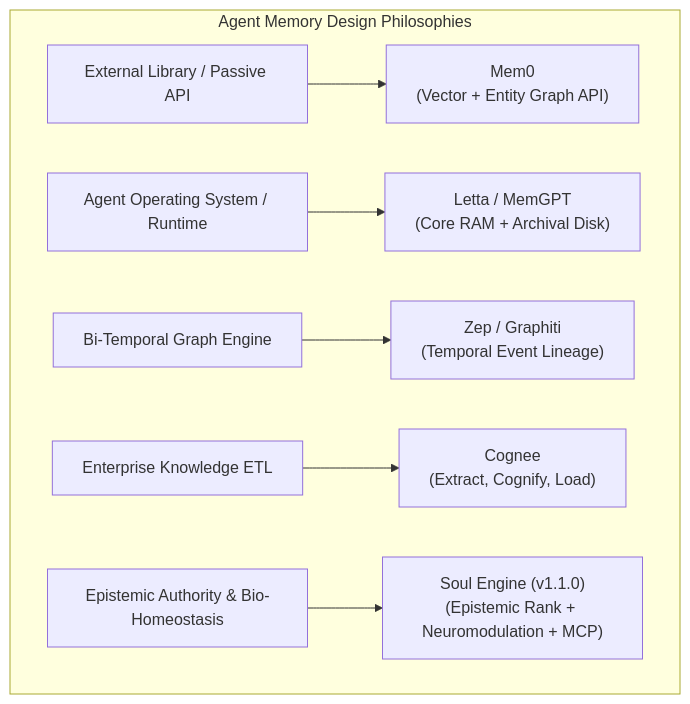
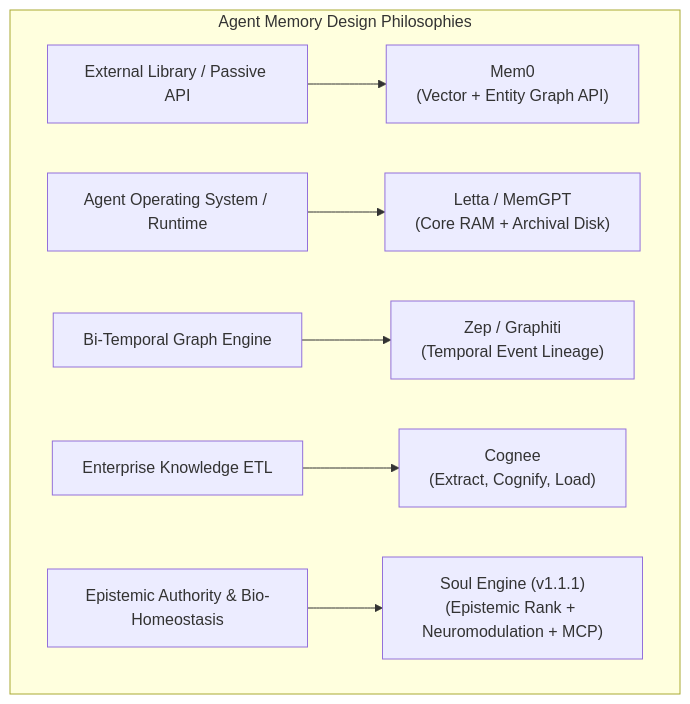
The diagram in docs/SOTA_COMPARISON.md (Azhonaras/soul-engine), drawn with Mermaid before and after one commit. The commit also changed other lines of this file and 51 other files, not shown here.

````diff
--- a/docs/SOTA_COMPARISON.md
+++ b/docs/SOTA_COMPARISON.md
@@ -9,10 +11,10 @@
 ```mermaid
 graph TD
     subgraph TAXONOMY [" Agent Memory Design Philosophies "]
         A["External Library / Passive API"] --> Mem0["Mem0<br/>(Vector + Entity Graph API)"]
         B["Agent Operating System / Runtime"] --> Letta["Letta / MemGPT<br/>(Core RAM + Archival Disk)"]
         C["Bi-Temporal Graph Engine"] --> Zep["Zep / Graphiti<br/>(Temporal Event Lineage)"]
         D["Enterprise Knowledge ETL"] --> Cognee["Cognee<br/>(Extract, Cognify, Load)"]
-        E["Epistemic Authority & Bio-Homeostasis"] --> Soul["Soul Engine (v1.1.0)<br/>(Epistemic Rank + Neuromodulation + MCP)"]
+        E["Epistemic Authority & Bio-Homeostasis"] --> Soul["Soul Engine (v1.1.1)<br/>(Epistemic Rank + Neuromodulation + MCP)"]
     end
 ```
````
